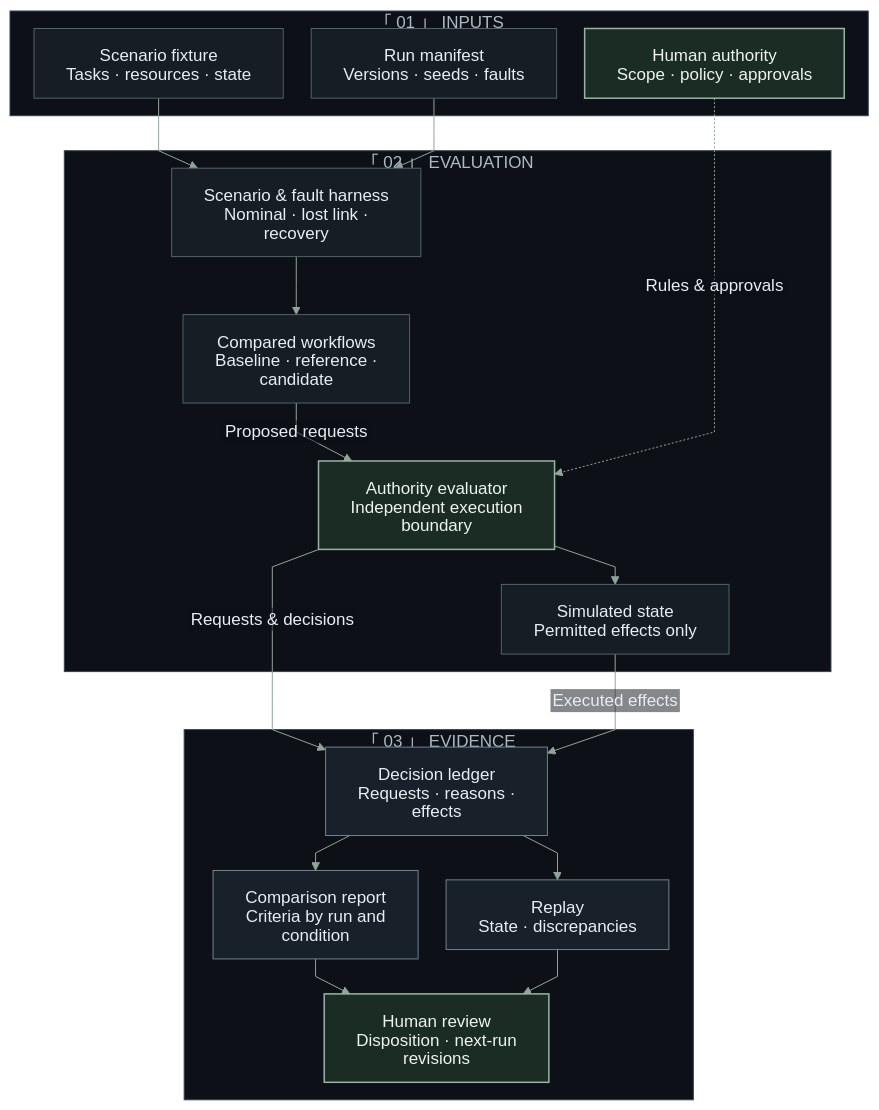
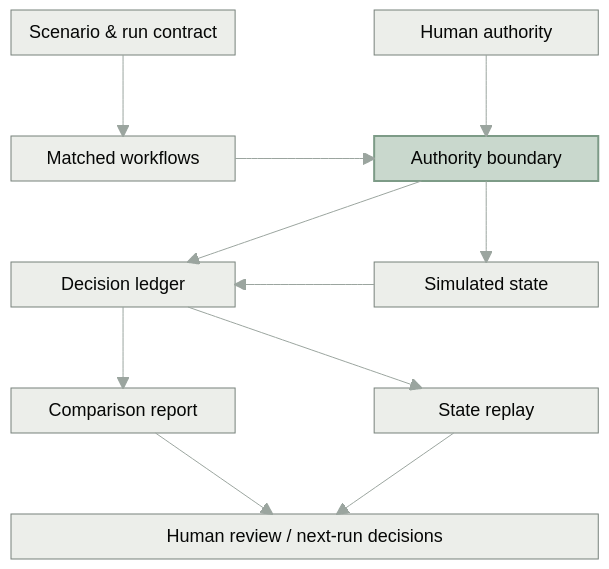
One commit to endrhq/.github changed the diagram in profile/README.md. Above: the diagram before and after it, drawn with Mermaid. The commit also changed 1 other file, not shown here.

Commit message:
Redesign system map as aligned research schematic

````diff
--- a/profile/README.md
+++ b/profile/README.md
@@ -17,41 +19,28 @@
 ```mermaid
-%%{init: {"theme":"base","themeVariables":{"fontFamily":"Arial, Helvetica, sans-serif","fontSize":"17px","primaryColor":"#161d24","primaryTextColor":"#e6edf3","primaryBorderColor":"#52616b","lineColor":"#91a49a","secondaryColor":"#1b2c25","tertiaryColor":"#0d1117","clusterBkg":"#0d1117","clusterBorder":"#34424d","titleColor":"#adbac4","edgeLabelBackground":"#0d1117"},"htmlLabels":false,"flowchart":{"htmlLabels":false,"curve":"linear","nodeSpacing":28,"rankSpacing":35,"padding":16}}}%%
-flowchart TB
-    accTitle: endr — Mission Assurance Lab
-    accDescr: Conceptual synthetic research architecture. Matched workflows submit requests to independent authority evaluation. An ordered ledger feeds comparison and replay, then human review. Lost links never expand authority.
+%%{init: {"theme":"base","themeVariables":{"fontFamily":"Arial, Helvetica, sans-serif","fontSize":"18px","primaryColor":"#eceeea","primaryTextColor":"#202824","primaryBorderColor":"#77817b","lineColor":"#9ba59f","edgeLabelBackground":"#0d1117"},"block":{"padding":18}}}%%
+block-beta
+    columns 5
+    CONFIG["Scenario & run contract"]:2 space AUTHORITY["Human authority"]:2
+    space:5
+    RUNS["Matched workflows"]:2 space BOUNDARY["Authority boundary"]:2
+    space:5
+    LEDGER["Decision ledger"]:2 space STATE["Simulated state"]:2
+    space:5
+    REPORT["Comparison report"]:2 space REPLAY["State replay"]:2
+    space:5
+    REVIEW["Human review / next-run decisions"]:5
 
-    subgraph INPUTS["「 01 」 INPUTS"]
-        SCENARIO["Scenario fixture<br/>Tasks · resources · state"]
-        MANIFEST["Run manifest<br/>Versions · seeds · faults"]
-        AUTHORITY["Human authority<br/>Scope · policy · approvals"]
-    end
+    CONFIG --> RUNS
+    AUTHORITY --> BOUNDARY
+    RUNS --> BOUNDARY
+    BOUNDARY --> STATE
+    BOUNDARY --> LEDGER
+    STATE --> LEDGER
+    LEDGER --> REPORT
+    LEDGER --> REPLAY
+    REPORT --> REVIEW
+    REPLAY --> REVIEW
 
-    subgraph EVALUATION["「 02 」 EVALUATION"]
-        HARNESS["Scenario & fault harness<br/>Nominal · lost link · recovery"]
-        WORKFLOWS["Compared workflows<br/>Baseline · reference · candidate"]
-        GATE["Authority evaluator<br/>Independent execution boundary"]
-        STATE["Simulated state<br/>Permitted effects only"]
-        HARNESS --> WORKFLOWS
-        WORKFLOWS -->|Proposed requests| GATE
-        GATE --> STATE
-    end
-
-    subgraph EVIDENCE["「 03 」 EVIDENCE"]
-        LEDGER["Decision ledger<br/>Requests · reasons · effects"]
-        REPORT["Comparison report<br/>Criteria by run and condition"]
-        REPLAY["Replay<br/>State · discrepancies"]
-        REVIEW["Human review<br/>Disposition · next-run revisions"]
-        LEDGER --> REPORT & REPLAY
-        REPORT & REPLAY --> REVIEW
-    end
-
-    SCENARIO & MANIFEST --> HARNESS
-    AUTHORITY -.->|Rules & approvals| GATE
-    GATE -->|Requests & decisions| LEDGER
-    STATE -->|Executed effects| LEDGER
-
-    classDef authority fill:#1b2c25,stroke:#98b4a4,color:#edf3ef,stroke-width:1.5px
-    classDef evidence fill:#182129,stroke:#70828e,color:#e6edf3
-    class AUTHORITY,GATE,REVIEW authority
-    class LEDGER,REPORT,REPLAY evidence
+    classDef boundary fill:#c9d8cd,stroke:#7d9b87,stroke-width:2px,color:#18271e
+    class BOUNDARY boundary
 ```
````
